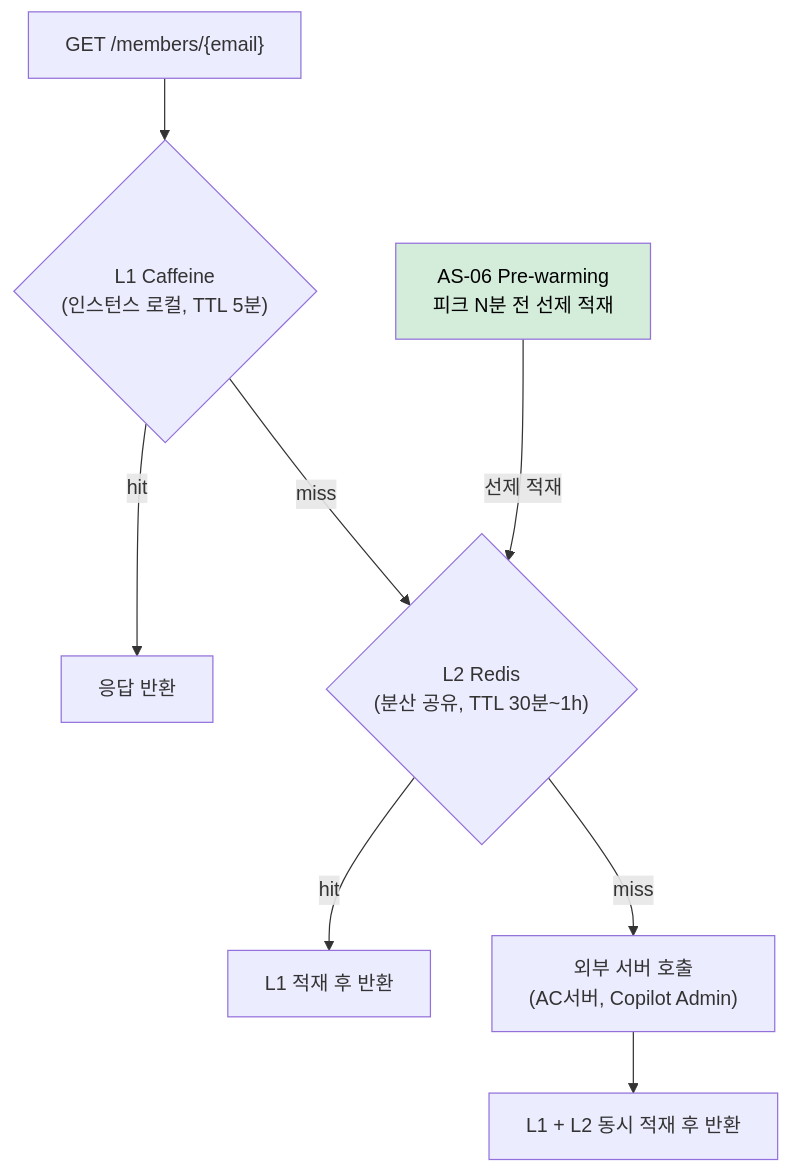
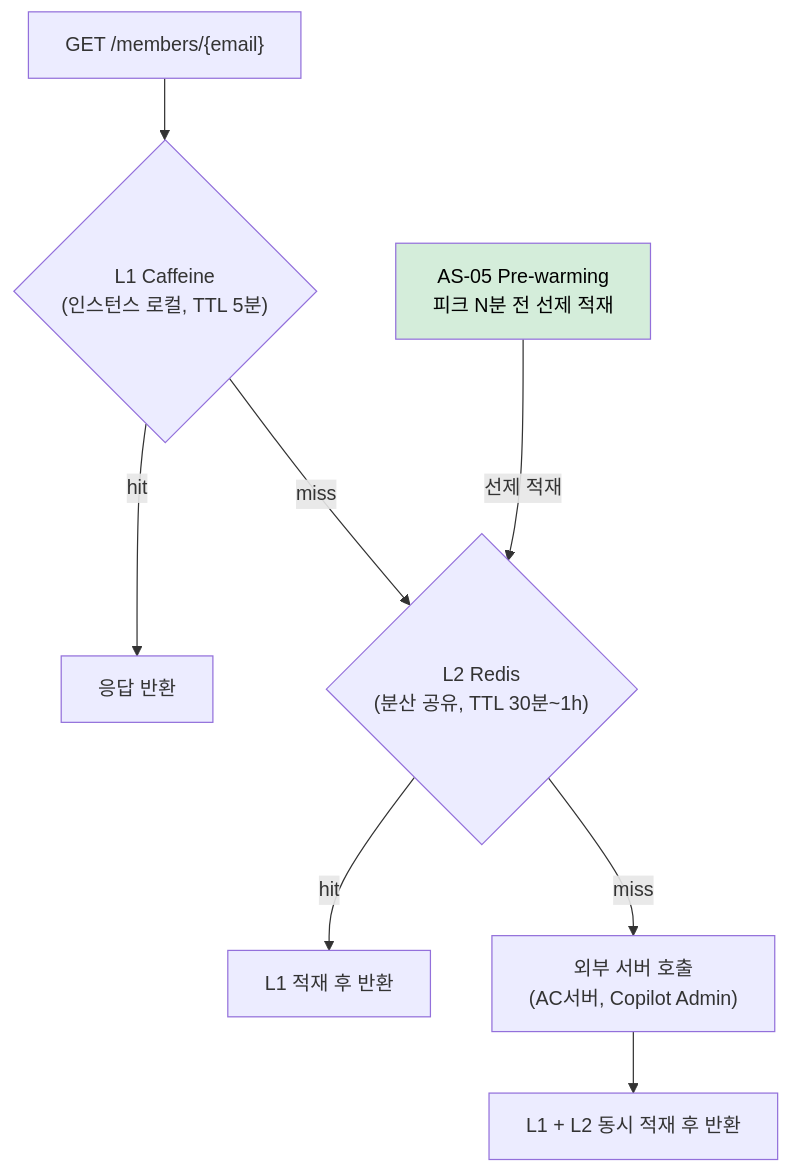
One commit to sujinnkim/A_Personal changed the fourth of 4 diagrams in docs/04-architecture-analysis/3.2-problem-analysis-and-strategy/AS-03-외부권한조회다층캐시적용.md. Above: the diagram before and after it, drawn with Mermaid. The commit also changed other lines of this file and 181 other files, not shown here.

````diff
--- a/docs/04-architecture-analysis/3.2-problem-analysis-and-strategy/AS-03-외부권한조회다층캐시적용.md
+++ b/docs/04-architecture-analysis/3.2-problem-analysis-and-strategy/AS-03-외부권한조회다층캐시적용.md
@@ -97,16 +101,16 @@
 ```mermaid
 flowchart TD
     REQ["GET /members/{email}"]
 
     REQ --> L1{"L1 Caffeine\n(인스턴스 로컬, TTL 5분)"}
     L1 -->|hit| RET["응답 반환"]
     L1 -->|miss| L2{"L2 Redis\n(분산 공유, TTL 30분~1h)"}
     L2 -->|hit| L1W["L1 적재 후 반환"]
     L2 -->|miss| EXT["외부 서버 호출\n(AC서버, Copilot Admin)"]
     EXT --> BOTH["L1 + L2 동시 적재 후 반환"]
 
-    PREWARM["AS-06 Pre-warming\n피크 N분 전 선제 적재"]
+    PREWARM["AS-05 Pre-warming\n피크 N분 전 선제 적재"]
     PREWARM -->|선제 적재| L2
 
     style PREWARM fill:#d4edda,color:#000
 ```
````
